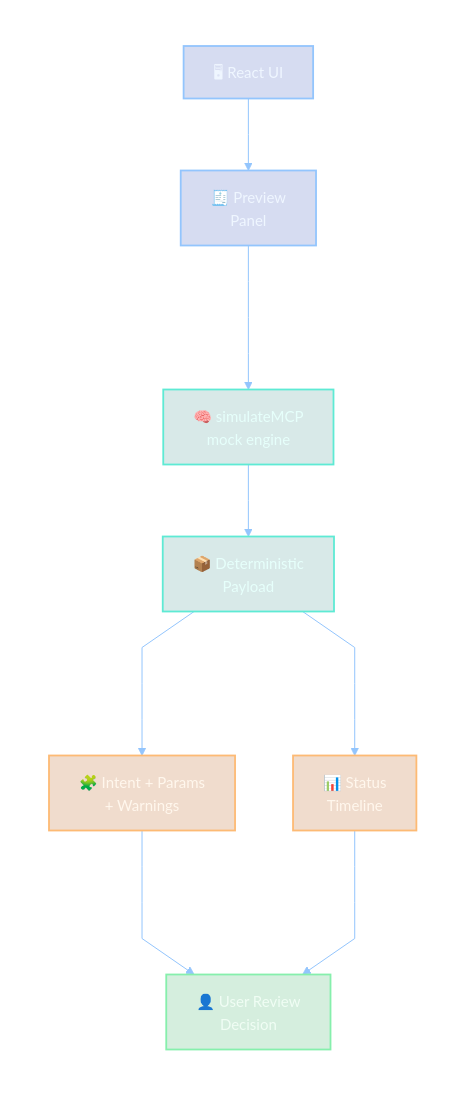
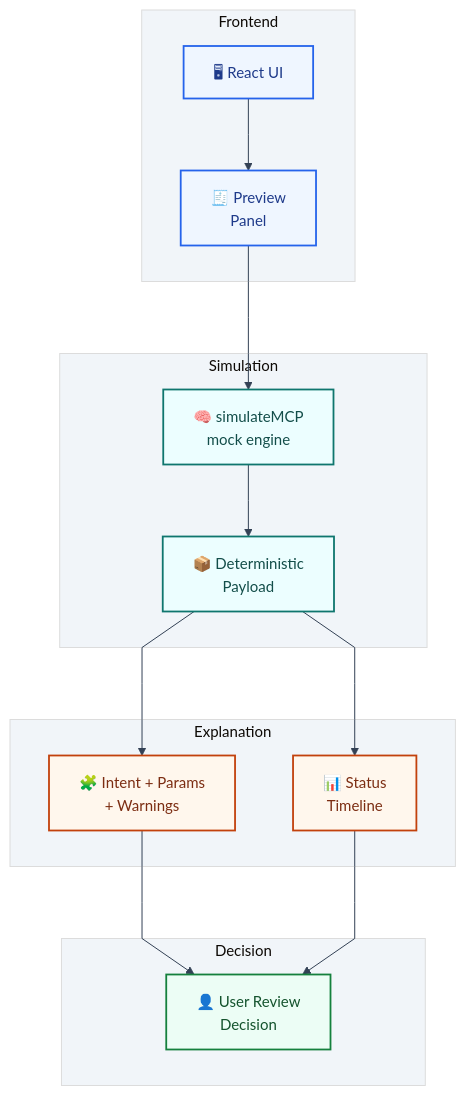
The fourth of 8 diagrams in README.md (sunshineluyao/Moss-Mcp-Transaction), drawn with Mermaid before and after one commit. The commit also changed other lines of this file, not shown here.

Commit message:
docs: make mermaid diagrams github-renderer compatible

````diff
--- a/README.md
+++ b/README.md
@@ -357,34 +357,34 @@
 ```mermaid
-%%{init: {'theme':'base','flowchart': {'htmlLabels': true, 'nodeSpacing': 58, 'rankSpacing': 72, 'curve': 'linear'},'themeVariables': {'fontFamily':'Trebuchet MS, Segoe UI, sans-serif','fontSize':'15px','primaryColor':'transparent','primaryBorderColor':'#5eead4','primaryTextColor':'#e6edf7','lineColor':'#93c5fd','secondaryColor':'rgba(15,23,42,0.18)','tertiaryColor':'transparent','background':'transparent','edgeLabelBackground':'rgba(15,23,42,0.62)'},'themeCSS': '.edgeLabel rect{fill:rgba(15,23,42,0.62)!important;stroke:rgba(148,163,184,0.45)!important;} .edgeLabel p,.edgeLabel span{color:#e6edf7!important;}'} }%%
+%%{init: {'theme':'base','flowchart': {'htmlLabels': true, 'nodeSpacing': 58, 'rankSpacing': 72, 'curve': 'linear'},'themeVariables': {'fontFamily':'Trebuchet MS, Segoe UI, sans-serif','fontSize':'15px','primaryColor':'#eef6ff','primaryBorderColor':'#3b82f6','primaryTextColor':'#0f172a','lineColor':'#334155','secondaryColor':'#f8fafc','tertiaryColor':'#f1f5f9','edgeLabelBackground':'#e2e8f0'}}}%%
 flowchart TB
   subgraph L1[Frontend]
     UI["🖥 React UI"] --> Preview["🧾 Preview<br/>Panel"]
   end
 
   subgraph L2[Simulation]
     Engine["🧠 simulateMCP<br/>mock engine"] --> Data["📦 Deterministic<br/>Payload"]
   end
 
   subgraph L3[Explanation]
     Cards["🧩 Intent + Params<br/>+ Warnings"]
     Timeline["📊 Status<br/>Timeline"]
   end
 
   subgraph L4[Decision]
     User["👤 User Review<br/>Decision"]
   end
 
   Preview --> Engine
   Data --> Cards --> User
   Data --> Timeline --> User
 
-  classDef frontend fill:#1e40af2e,stroke:#93c5fd,stroke-width:1.8px,color:#eff6ff;
-  classDef sim fill:#0f766e29,stroke:#5eead4,stroke-width:1.8px,color:#e6fffb;
-  classDef explain fill:#b4530933,stroke:#fdba74,stroke-width:1.8px,color:#fff7ed;
-  classDef decision fill:#16a34a2e,stroke:#86efac,stroke-width:1.8px,color:#f0fdf4;
+  classDef frontend fill:#eff6ff,stroke:#2563eb,stroke-width:1.8px,color:#1e3a8a;
+  classDef sim fill:#ecfeff,stroke:#0f766e,stroke-width:1.8px,color:#134e4a;
+  classDef explain fill:#fff7ed,stroke:#c2410c,stroke-width:1.8px,color:#7c2d12;
+  classDef decision fill:#ecfdf5,stroke:#15803d,stroke-width:1.8px,color:#14532d;
 
   class UI,Preview frontend;
   class Engine,Data sim;
   class Cards,Timeline explain;
   class User decision;
 ```
````
